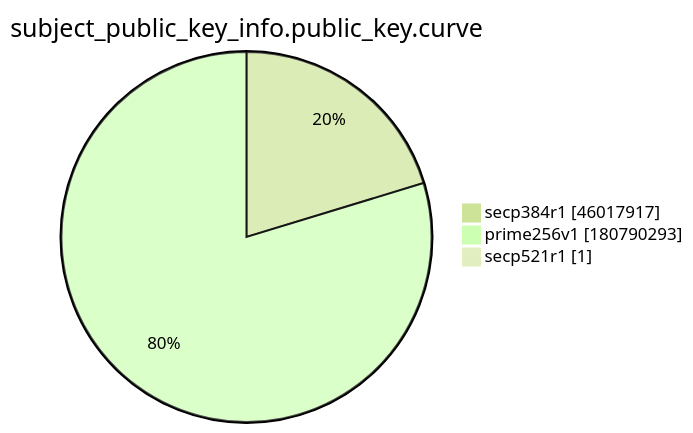
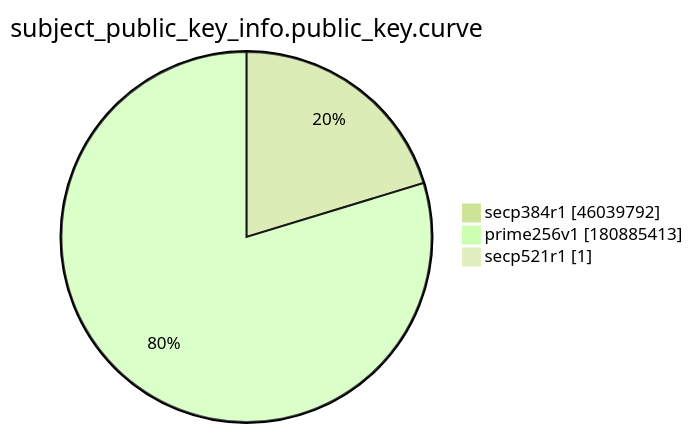
The ninth of 15 diagrams in xenon2022/README.md (christiankrug/ctmonitor_visualization), drawn with Mermaid (forest theme) before and after one commit. The commit also changed other lines of this file, not shown here.

````diff
--- a/xenon2022/README.md
+++ b/xenon2022/README.md
@@ -2874,7 +2874,7 @@
 ```mermaid
 pie showData
 title subject_public_key_info.public_key.curve
-"secp384r1" :46017917
-"prime256v1" :180790293
+"secp384r1" :46039792
+"prime256v1" :180885413
 "secp521r1" :1
 ```
````
